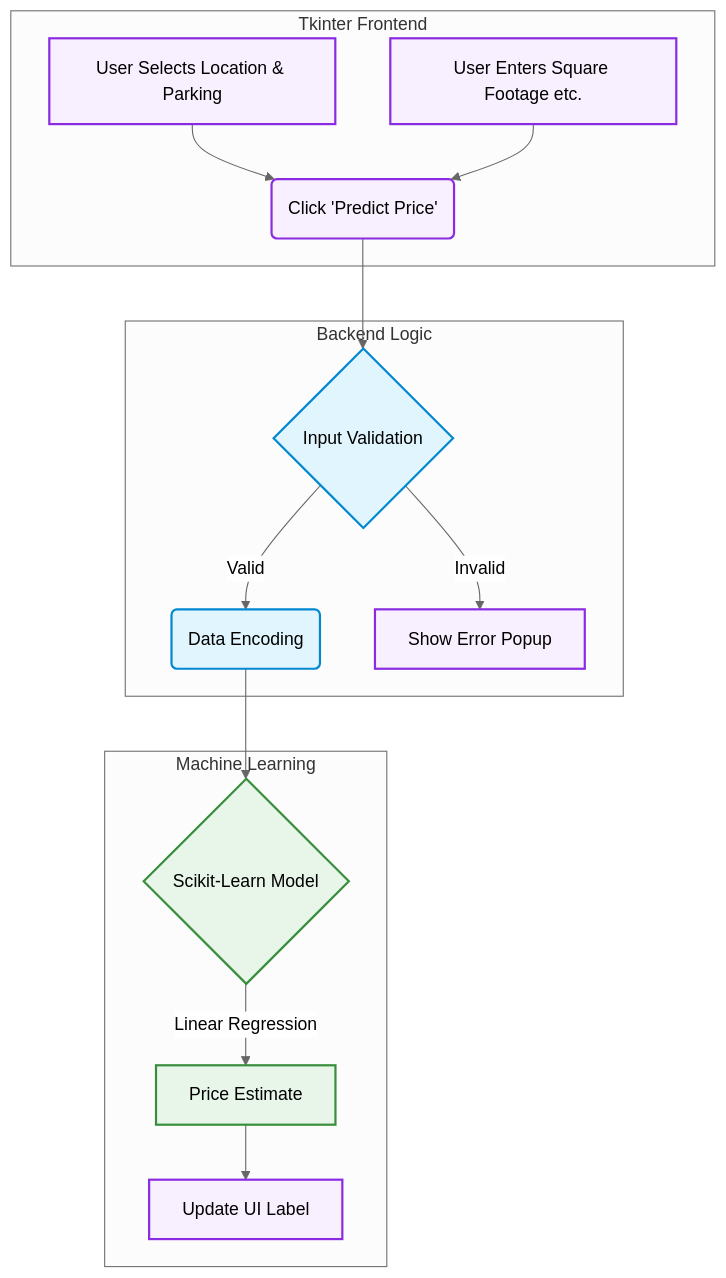
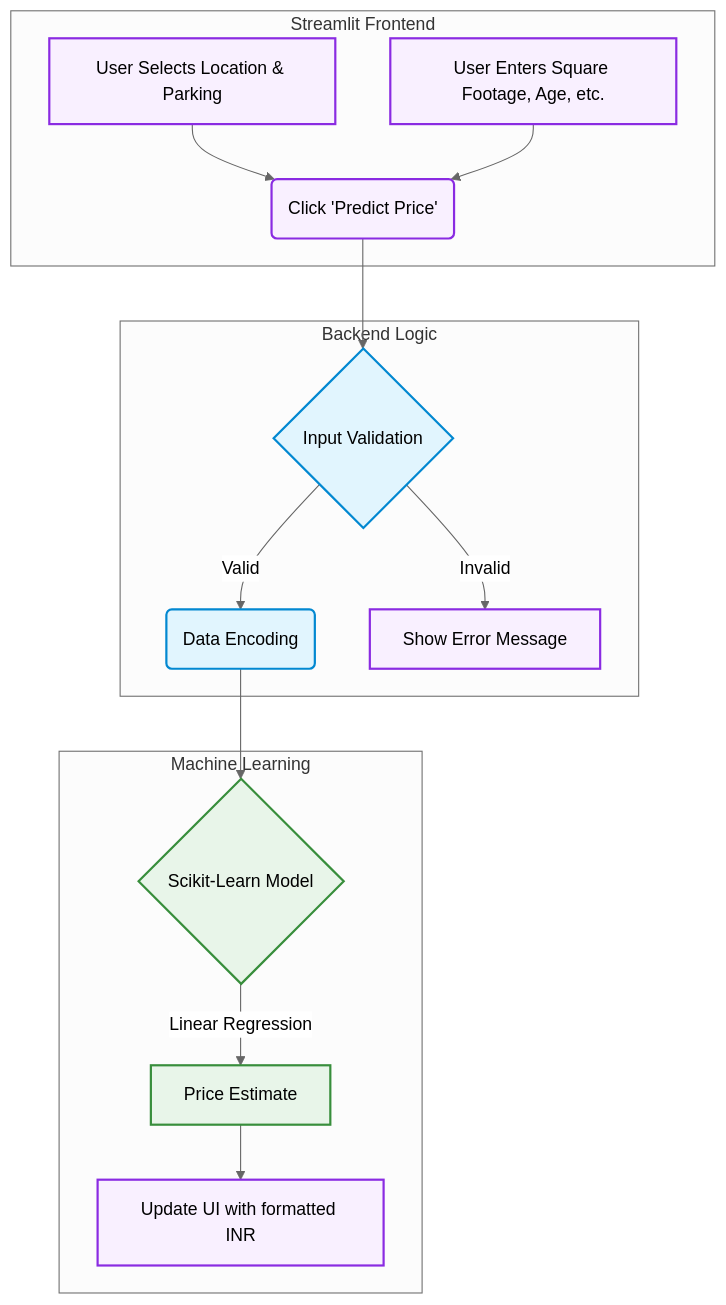
The diagram in README.md (Shashank17singh/NIELIT-Project), drawn with Mermaid (neutral theme) before and after one commit. The commit also changed other lines of this file, not shown here.

Commit message:
docs: rewrite README to accurately reflect Streamlit app and INR logic instead of Tkinter

````diff
--- a/README.md
+++ b/README.md
@@ -25,29 +23,29 @@
 ```mermaid
 graph TD
-    subgraph "Tkinter Frontend"
+    subgraph "Streamlit Frontend"
     A[User Selects Location & Parking]
-    B[User Enters Square Footage etc.]
+    B[User Enters Square Footage, Age, etc.]
     A --> C(Click 'Predict Price')
     B --> C
     end
     
     subgraph "Backend Logic"
     C --> D{Input Validation}
     D -->|Valid| E(Data Encoding)
-    D -->|Invalid| F[Show Error Popup]
+    D -->|Invalid| F[Show Error Message]
     end
     
     subgraph "Machine Learning"
     E --> G{Scikit-Learn Model}
     G -->|Linear Regression| H[Price Estimate]
-    H --> I[Update UI Label]
+    H --> I[Update UI with formatted INR]
     end
     
     classDef io fill:#f9f0ff,stroke:#8a2be2,stroke-width:2px,color:#000;
     classDef core fill:#e1f5fe,stroke:#0288d1,stroke-width:2px,color:#000;
     classDef logic fill:#e8f5e9,stroke:#388e3c,stroke-width:2px,color:#000;
     
     class A,B,C,F,I io;
     class D,E core;
     class G,H logic;
 ```
````
